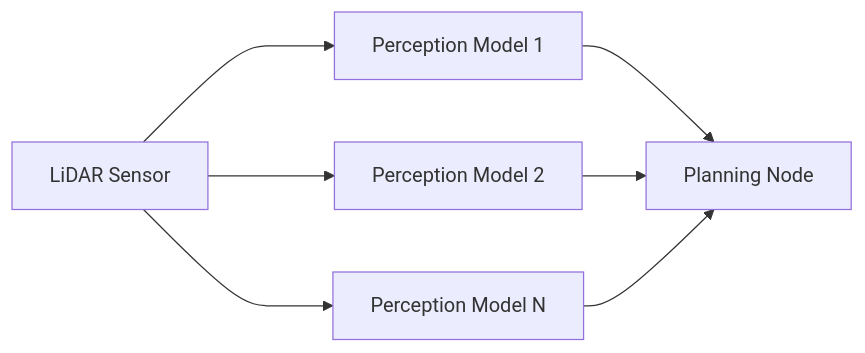
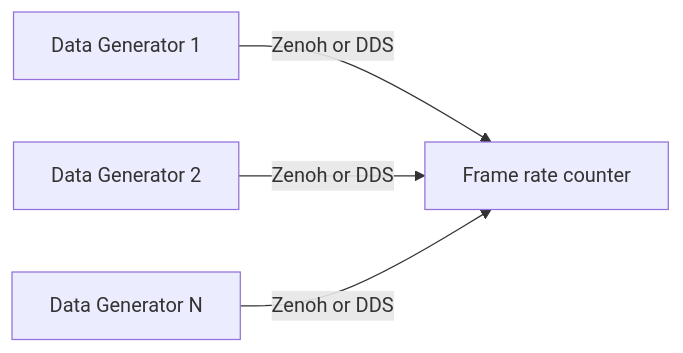
The third of 3 diagrams in README.md (NEWSLabNTU/ros2-dds-zenoh-comparison), drawn with Mermaid before and after one commit. The commit also changed other lines of this file and 7 other files, not shown here.

````diff
--- a/README.md
+++ b/README.md
@@ -110,11 +124,10 @@
-```mermaid
-flowchart LR
-SR[LiDAR Sensor]
-P1[Perception Model 1]
-P2[Perception Model 2]
-PN[Perception Model N]
-PL[Planning Node]
-SR ---> P1 --> PL
-SR ---> P2 --> PL
-SR ---> PN --> PL
-```
+    ```mermaid
+    flowchart LR
+    P1[Data Generator 1]
+    P2[Data Generator 2]
+    PN[Data Generator N]
+    PL[Frame rate counter]
+    P1 -- Zenoh or DDS--> PL
+    P2 -- Zenoh or DDS--> PL
+    PN -- Zenoh or DDS--> PL
+    ```
````
